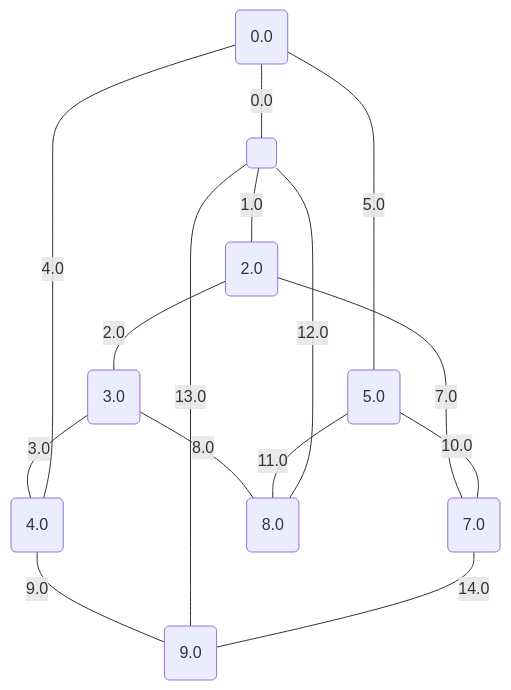
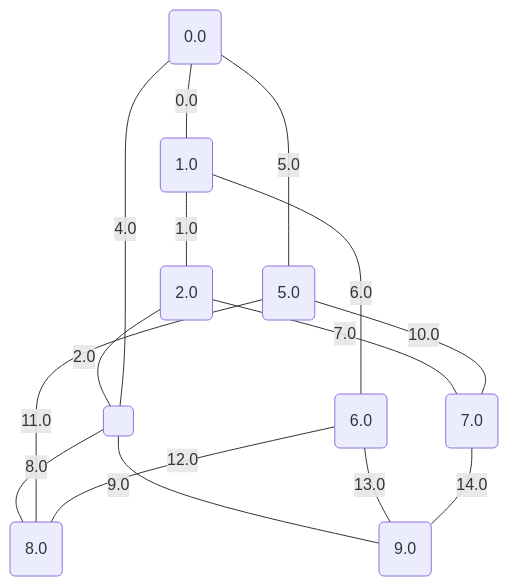
The third of 17 diagrams in project/src/testing/minCutPetersen.md (metury/graphs), drawn with Mermaid before and after one commit. The commit also changed other lines of this file and 50 other files, not shown here.

````diff
--- a/project/src/testing/minCutPetersen.md
+++ b/project/src/testing/minCutPetersen.md
@@ -75,26 +75,26 @@
 ```mermaid
 graph TD;
 0("0.0");
-1("2.0");
-2("3.0");
-3("4.0");
-4("5.0");
+1("1.0");
+2("2.0");
+3("5.0");
+4("6.0");
 5("7.0");
 6("8.0");
 7("9.0");
 8(" ");
-	0 -- "0.0" --- 8;
-	8 -- "1.0" --- 1;
-	1 -- "2.0" --- 2;
-	2 -- "3.0" --- 3;
-	3 -- "4.0" --- 0;
-	0 -- "5.0" --- 4;
-	1 -- "7.0" --- 5;
-	2 -- "8.0" --- 6;
-	3 -- "9.0" --- 7;
-	4 -- "10.0" --- 5;
-	4 -- "11.0" --- 6;
-	8 -- "12.0" --- 6;
-	8 -- "13.0" --- 7;
+	0 -- "0.0" --- 1;
+	1 -- "1.0" --- 2;
+	2 -- "2.0" --- 8;
+	8 -- "4.0" --- 0;
+	0 -- "5.0" --- 3;
+	1 -- "6.0" --- 4;
+	2 -- "7.0" --- 5;
+	8 -- "8.0" --- 6;
+	8 -- "9.0" --- 7;
+	3 -- "10.0" --- 5;
+	3 -- "11.0" --- 6;
+	4 -- "12.0" --- 6;
+	4 -- "13.0" --- 7;
 	5 -- "14.0" --- 7;
 ```
````
